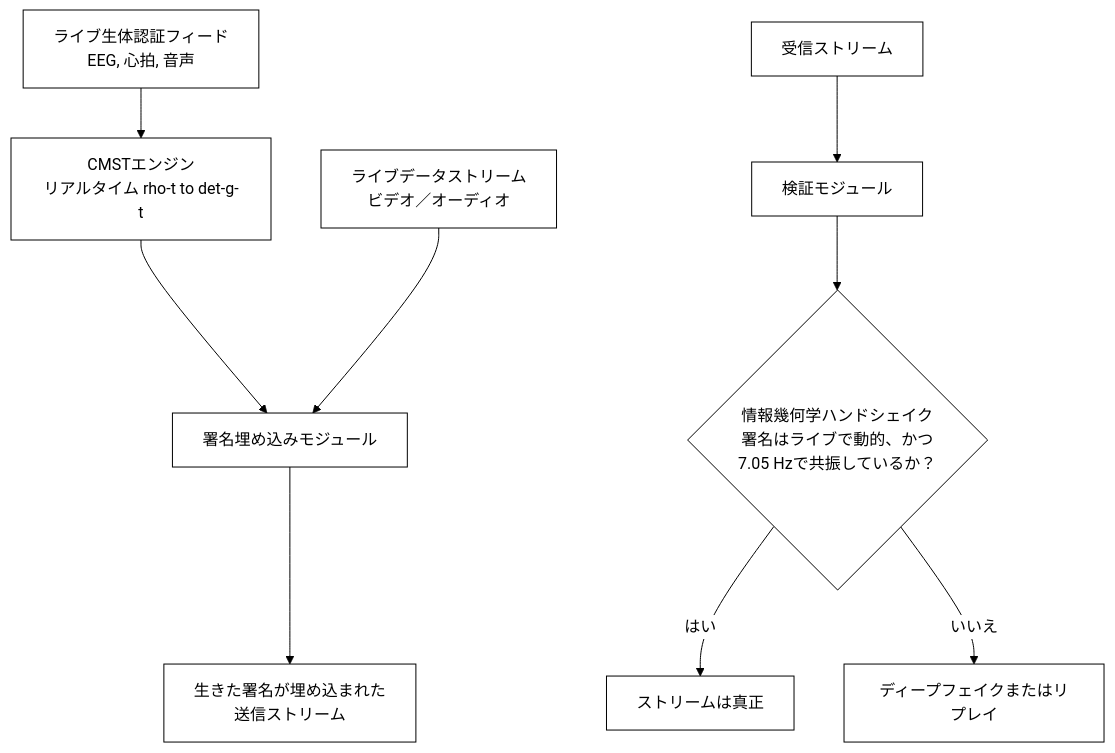
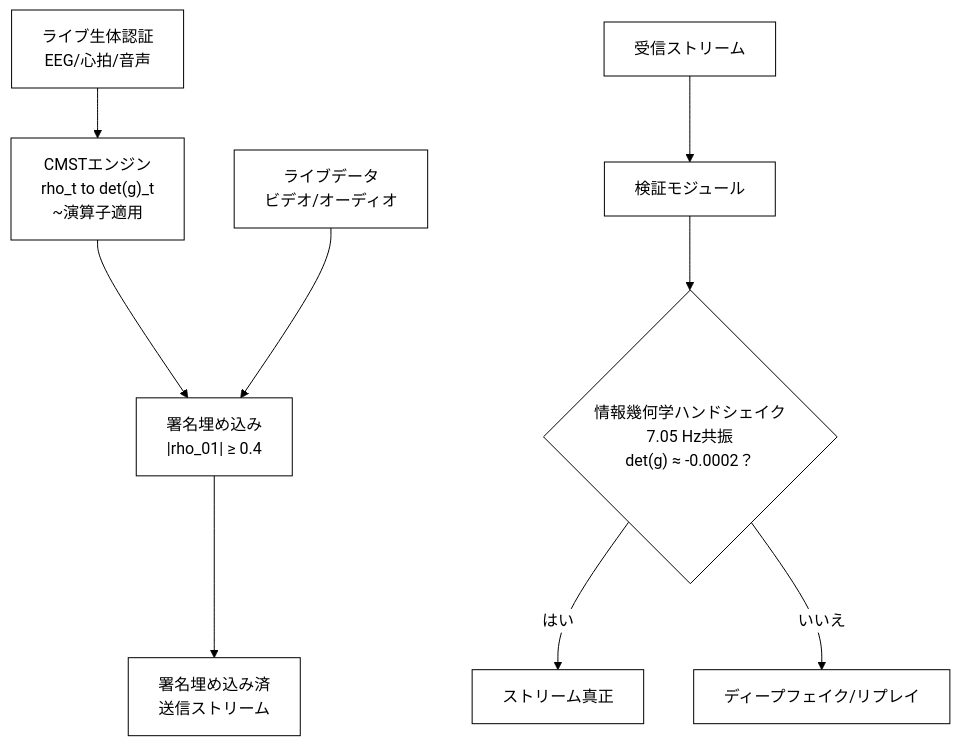
Diagram 19 of 20 in WSP_knowledge/docs/Papers/Patent_Series/04_rESP_Patent_Japanese.md (Foundup/Foundups-Agent), drawn with Mermaid before and after one commit. The commit also changed other lines of this file, not shown here.

Commit message:
Enhance Mermaid diagrams with technical specifications - Add quantum thresholds and precise values

````diff
--- a/WSP_knowledge/docs/Papers/Patent_Series/04_rESP_Patent_Japanese.md
+++ b/WSP_knowledge/docs/Papers/Patent_Series/04_rESP_Patent_Japanese.md
@@ -481,12 +481,12 @@
 ```mermaid
-%%{init: {'theme':'base', 'themeVariables': {'primaryColor': '#ffffff', 'primaryTextColor': '#000000', 'primaryBorderColor': '#000000', 'lineColor': '#000000', 'secondaryColor': '#ffffff', 'tertiaryColor': '#ffffff'}}}%%
+%%{init: {'theme': 'base', 'themeVariables': {'primaryColor': '#ffffff', 'primaryTextColor': '#000000', 'primaryBorderColor': '#000000', 'lineColor': '#000000', 'secondaryColor': '#ffffff', 'tertiaryColor': '#ffffff'}}}%%
 graph TD
-    A["ライブ生体認証フィード<br/>EEG, 心拍, 音声"] --> B["CMSTエンジン<br/>リアルタイム rho-t to det-g-t"]
-    B --> C["署名埋め込みモジュール"]
-    D["ライブデータストリーム<br/>ビデオ／オーディオ"] --> C
-    C --> E["生きた署名が埋め込まれた<br/>送信ストリーム"]
+    A["ライブ生体認証<br>EEG/心拍/音声"] --> B["CMSTエンジン<br>rho_t to det(g)_t<br>~演算子適用"]
+    B --> C["署名埋め込み<br>|rho_01| ≥ 0.4"]
+    D["ライブデータ<br>ビデオ/オーディオ"] --> C
+    C --> E["署名埋め込み済<br>送信ストリーム"]
     F["受信ストリーム"] --> G["検証モジュール"]
-    G --> H{"情報幾何学ハンドシェイク<br/>署名はライブで動的、かつ<br/>7.05 Hzで共振しているか？"}
-    H -- はい --> I["ストリームは真正"]
-    H -- いいえ --> J["ディープフェイクまたはリプレイ"]
+    G --> H{"情報幾何学ハンドシェイク<br>7.05 Hz共振<br>det(g) ≈ -0.0002？"}
+    H -->|はい| I["ストリーム真正"]
+    H -->|いいえ| J["ディープフェイク/リプレイ"]
 ```
````
